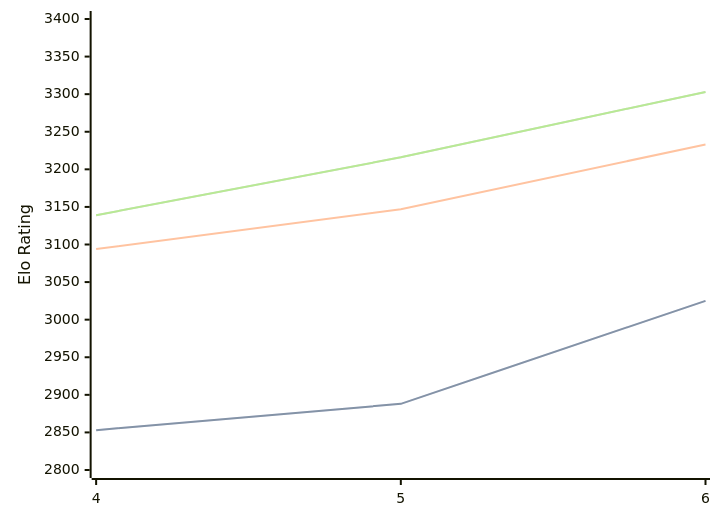
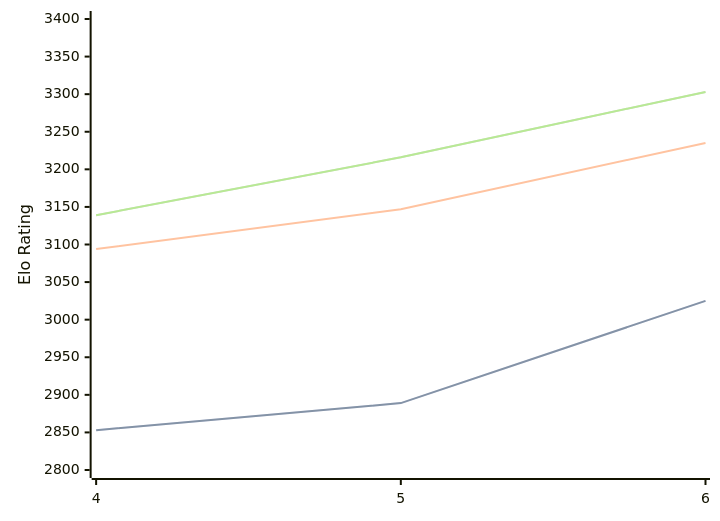
The diagram in engines/Cwtch.md (computer-chess-index/cci), drawn with Mermaid before and after one commit. The commit also changed other lines of this file, not shown here.

````diff
--- a/engines/Cwtch.md
+++ b/engines/Cwtch.md
@@ -34,11 +34,11 @@
 ```mermaid
 %%{init: {"theme":"base","themeVariables":{"seriesColors:['#a3a3a3','#222221','#faa371']}}}%%
 xychart-beta
   x-axis ["4", "5", "6"]
   y-axis "Elo Rating" 2800 --> 3400
-  line "" [2853, 2888, 3025]
-  line "STC (8.0+0.08s)" [2853, 2888, 3025]
-  line "LTC (60.0+0.60s)" [3094, 3147, 3233]
+  line "" [2853, 2889, 3025]
+  line "STC (8.0+0.08s)" [2853, 2889, 3025]
+  line "LTC (60.0+0.60s)" [3094, 3147, 3235]
   line "" [3139, 3216, 3303]
   line "VLTC (2m24s+1.12s)" [3139, 3216, 3303]
 ```
````
